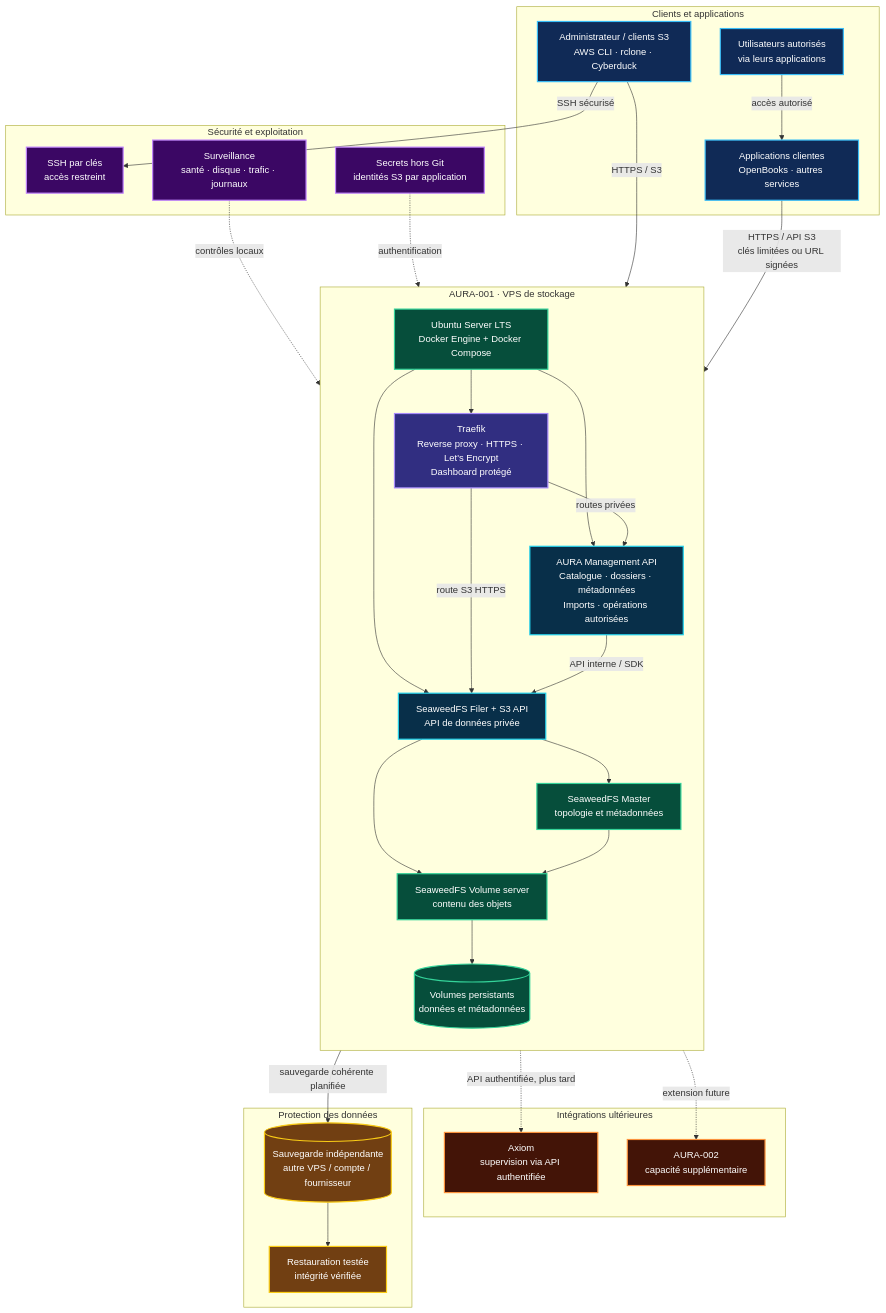
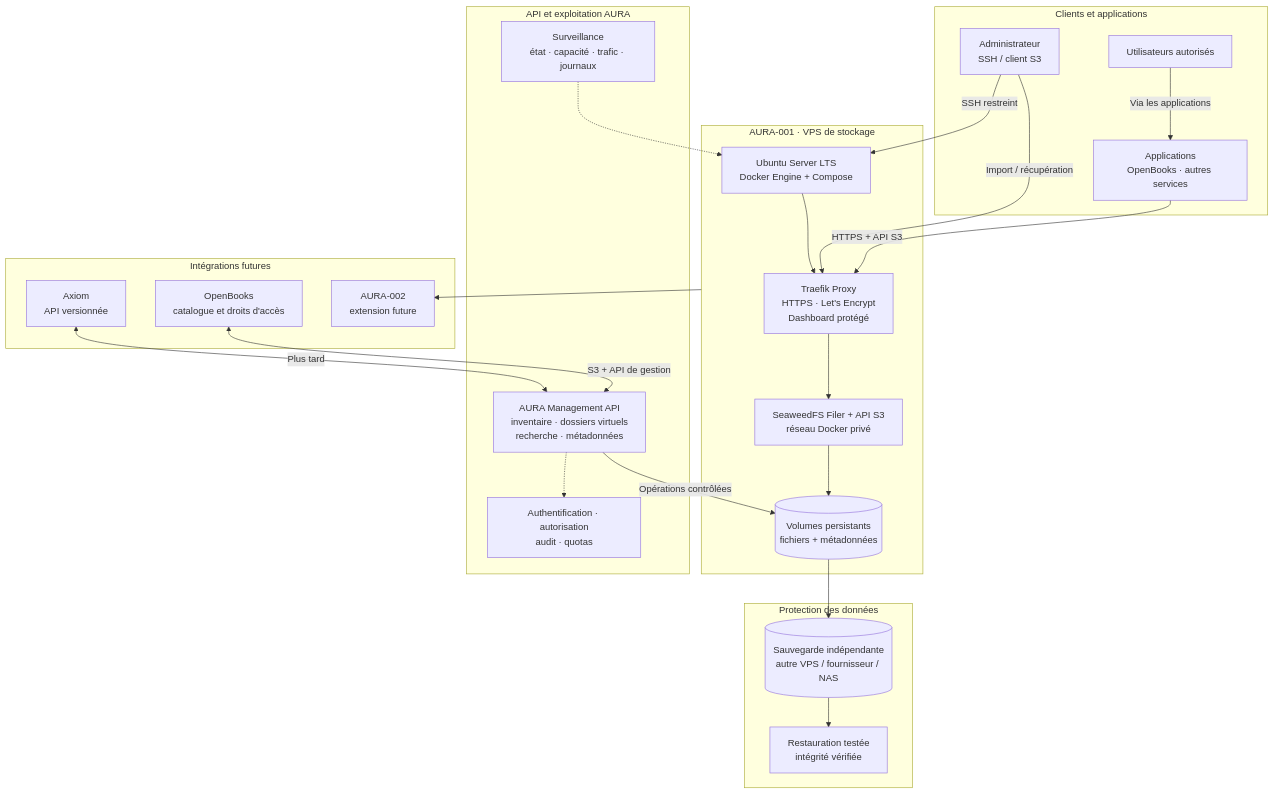
Before and after one commit to digitaleflex/aura-storage: the diagram in docs/ARCHITECTURE-DIAGRAM.md, drawn with Mermaid. The commit also changed other lines of this file, not shown here.

Commit message:
docs: align architecture with Traefik and AURA management API

````diff
--- a/docs/ARCHITECTURE-DIAGRAM.md
+++ b/docs/ARCHITECTURE-DIAGRAM.md
@@ -5,73 +5,48 @@
 ```mermaid
 flowchart TB
-    %% AURA Storage — target architecture, initial single-node MVP
-    classDef client fill:#102A56,stroke:#38BDF8,color:#FFFFFF,stroke-width:2px
-    classDef proxy fill:#312E81,stroke:#A78BFA,color:#FFFFFF,stroke-width:2px
-    classDef api fill:#082F49,stroke:#22D3EE,color:#FFFFFF,stroke-width:2px
-    classDef storage fill:#064E3B,stroke:#34D399,color:#FFFFFF,stroke-width:2px
-    classDef ops fill:#3B0764,stroke:#C084FC,color:#FFFFFF,stroke-width:2px
-    classDef backup fill:#713F12,stroke:#FACC15,color:#FFFFFF,stroke-width:2px
-    classDef future fill:#431407,stroke:#FB923C,color:#FFFFFF,stroke-width:2px
-
     subgraph CLIENTS["Clients et applications"]
-      OPERATOR["Administrateur / clients S3<br/>AWS CLI · rclone · Cyberduck"]
-      APPS["Applications clientes<br/>OpenBooks · autres services"]
-      USERS["Utilisateurs autorisés<br/>via leurs applications"]
+        ADMIN["Administrateur<br/>SSH / client S3"]
+        APPS["Applications<br/>OpenBooks · autres services"]
+        USERS["Utilisateurs autorisés"]
     end
 
     subgraph AURA["AURA-001 · VPS de stockage"]
-      direction TB
-      HOST["Ubuntu Server LTS<br/>Docker Engine + Docker Compose"]
-      TRAEFIK["Traefik<br/>Reverse proxy · HTTPS · Let's Encrypt<br/>Dashboard protégé"]
-      MGMT["AURA Management API<br/>Catalogue · dossiers · métadonnées<br/>Imports · opérations autorisées"]
-      S3["SeaweedFS Filer + S3 API<br/>API de données privée"]
-      MASTER["SeaweedFS Master<br/>topologie et métadonnées"]
-      VOLUME["SeaweedFS Volume server<br/>contenu des objets"]
-      DISK[("Volumes persistants<br/>données et métadonnées")]
-      HOST --> TRAEFIK
-      HOST --> MGMT
-      HOST --> S3
-      TRAEFIK -->|"routes privées"| MGMT
-      TRAEFIK -->|"route S3 HTTPS"| S3
-      MGMT -->|"API interne / SDK"| S3
-      S3 --> MASTER
-      S3 --> VOLUME
-      MASTER --> VOLUME
-      VOLUME --> DISK
+        HOST["Ubuntu Server LTS<br/>Docker Engine + Compose"]
+        TRAEFIK["Traefik Proxy<br/>HTTPS · Let's Encrypt<br/>Dashboard protégé"]
+        S3["SeaweedFS Filer + API S3<br/>réseau Docker privé"]
+        DATA[("Volumes persistants<br/>fichiers + métadonnées")]
+        HOST --> TRAEFIK
+        TRAEFIK --> S3
+        S3 --> DATA
     end
 
-    subgraph OPERATIONS["Sécurité et exploitation"]
-      SSH["SSH par clés<br/>accès restreint"]
-      MON["Surveillance<br/>santé · disque · trafic · journaux"]
-      SECRETS["Secrets hors Git<br/>identités S3 par application"]
+    subgraph MGMT["API et exploitation AURA"]
+        API["AURA Management API<br/>inventaire · dossiers virtuels<br/>recherche · métadonnées"]
+        AUTH["Authentification · autorisation<br/>audit · quotas"]
+        MON["Surveillance<br/>état · capacité · trafic · journaux"]
     end
 
     subgraph RECOVERY["Protection des données"]
-      BACKUP[("Sauvegarde indépendante<br/>autre VPS / compte / fournisseur")]
-      RESTORE["Restauration testée<br/>intégrité vérifiée"]
+        BACKUP[("Sauvegarde indépendante<br/>autre VPS / fournisseur / NAS")]
+        RESTORE["Restauration testée<br/>intégrité vérifiée"]
     end
 
-    subgraph FUTURE["Intégrations ultérieures"]
-      AXIOM["Axiom<br/>supervision via API authentifiée"]
-      AURA2["AURA-002<br/>capacité supplémentaire"]
+    subgraph FUTURE["Intégrations futures"]
+        AXIOM["Axiom<br/>API versionnée"]
+        OPENBOOKS["OpenBooks<br/>catalogue et droits d'accès"]
+        AURA2["AURA-002<br/>extension future"]
     end
 
-    OPERATOR -->|"SSH sécurisé"| SSH
-    OPERATOR -->|"HTTPS / S3"| TRAEFIK
-    APPS -->|"HTTPS / API S3<br/>clés limitées ou URL signées"| TRAEFIK
-    USERS -->|"accès autorisé"| APPS
-    SECRETS -. "authentification" .-> S3
-    MON -. "contrôles locaux" .-> HOST
-    DISK -->|"sauvegarde cohérente planifiée"| BACKUP
+    ADMIN -->|"SSH restreint"| HOST
+    ADMIN -->|"Import / récupération"| TRAEFIK
+    APPS -->|"HTTPS + API S3"| TRAEFIK
+    USERS -->|"Via les applications"| APPS
+    API -->|"Opérations contrôlées"| DATA
+    API -.-> AUTH
+    MON -.-> HOST
+    DATA --> BACKUP
     BACKUP --> RESTORE
-    MGMT -. "API authentifiée, plus tard" .-> AXIOM
-    AURA -. "extension future" .-> AURA2
-
-    class OPERATOR,APPS,USERS client
-    class TRAEFIK proxy
-    class MGMT,S3 api
-    class HOST,MASTER,VOLUME,DISK storage
-    class SSH,MON,SECRETS ops
-    class BACKUP,RESTORE backup
-    class AXIOM,AURA2 future
+    AXIOM <-->|"Plus tard"| API
+    OPENBOOKS <-->|"S3 + API de gestion"| API
+    AURA --> AURA2
 ```
````
